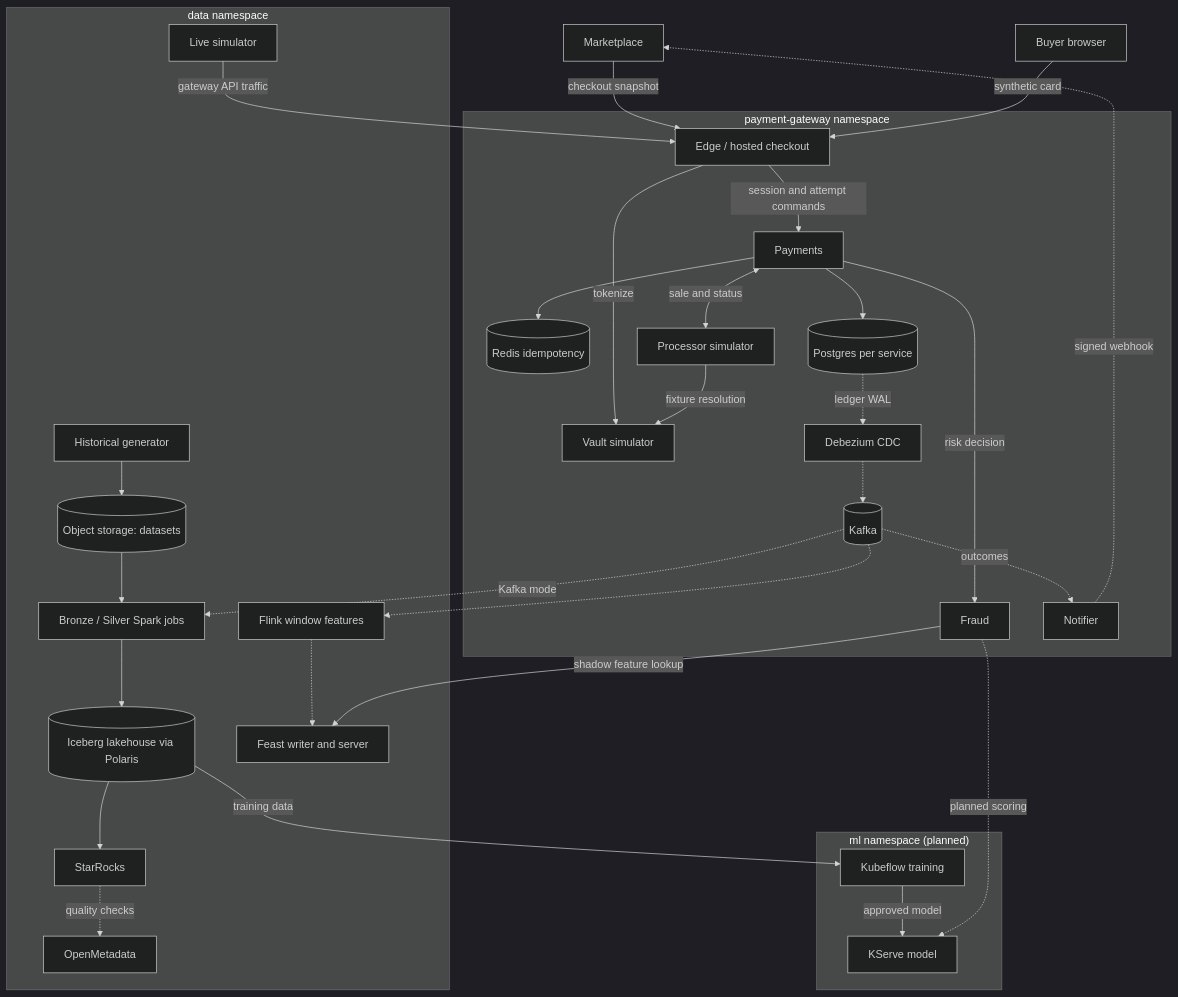
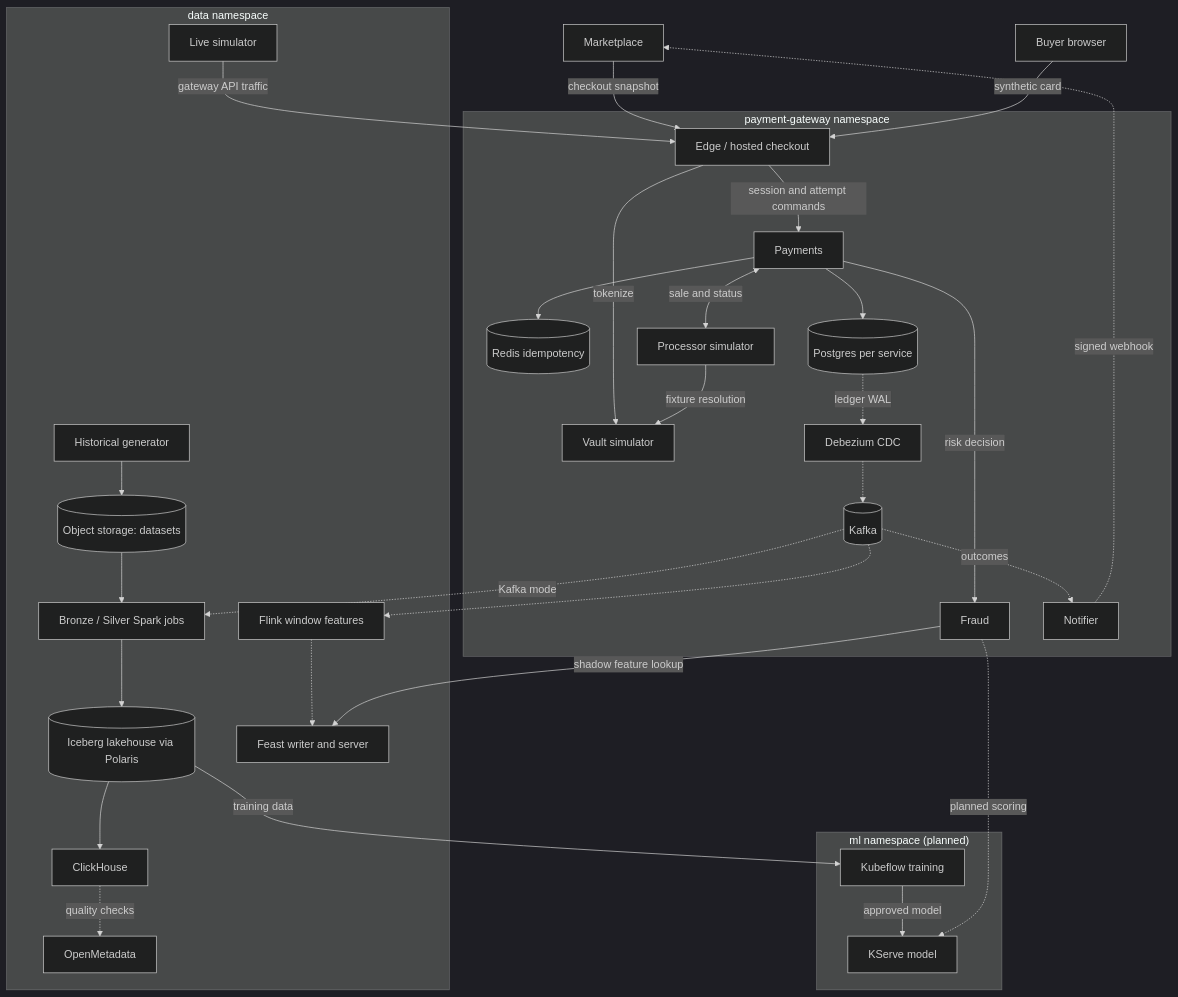
One commit to phuchoang2603/payment-gateway-fraud-detection changed the diagram in docs/overview/architecture.md. Above: the diagram before and after it, drawn with Mermaid (dark theme). The commit also changed other lines of this file and 140 other files, not shown here.

````diff
--- a/docs/overview/architecture.md
+++ b/docs/overview/architecture.md
@@ -29,58 +29,58 @@
 ```mermaid
 flowchart TB
     M["Marketplace"]
     B["Buyer browser"]
     subgraph gateway["payment-gateway namespace"]
         E["Edge / hosted checkout"]
         V["Vault simulator"]
         P["Payments"]
         R[("Redis idempotency")]
         PG[("Postgres per service")]
         F["Fraud"]
         X["Processor simulator"]
         C["Debezium CDC"]
         K[("Kafka")]
         N["Notifier"]
     end
     subgraph data["data namespace"]
         G["Historical generator"]
         L["Live simulator"]
         S3[("Object storage: datasets")]
         BR["Bronze / Silver Spark jobs"]
         IC[("Iceberg lakehouse via Polaris")]
-        SR["StarRocks"]
+        CH["ClickHouse"]
         OM["OpenMetadata"]
         FL["Flink window features"]
         FE["Feast writer and server"]
     end
     subgraph ml["ml namespace (planned)"]
         TR["Kubeflow training"]
         KS["KServe model"]
     end
     M -->|"checkout snapshot"| E
     B -->|"synthetic card"| E
     E -->|"tokenize"| V
     E -->|"session and attempt commands"| P
     P --> R
     P --> PG
     P -->|"risk decision"| F
     P <-->|"sale and status"| X
     X -->|"fixture resolution"| V
     PG -.->|"ledger WAL"| C
     C -.-> K
     K -.->|"outcomes"| N
     N -.->|"signed webhook"| M
     L -->|"gateway API traffic"| E
     G --> S3
     S3 --> BR
     K -.->|"Kafka mode"| BR
     BR --> IC
-    IC --> SR
-    SR -.->|"quality checks"| OM
+    IC --> CH
+    CH -.->|"quality checks"| OM
     K -.-> FL
     FL -.-> FE
     F -->|"shadow feature lookup"| FE
     IC -->|"training data"| TR
     TR -->|"approved model"| KS
     F -.->|"planned scoring"| KS
 ```
````
